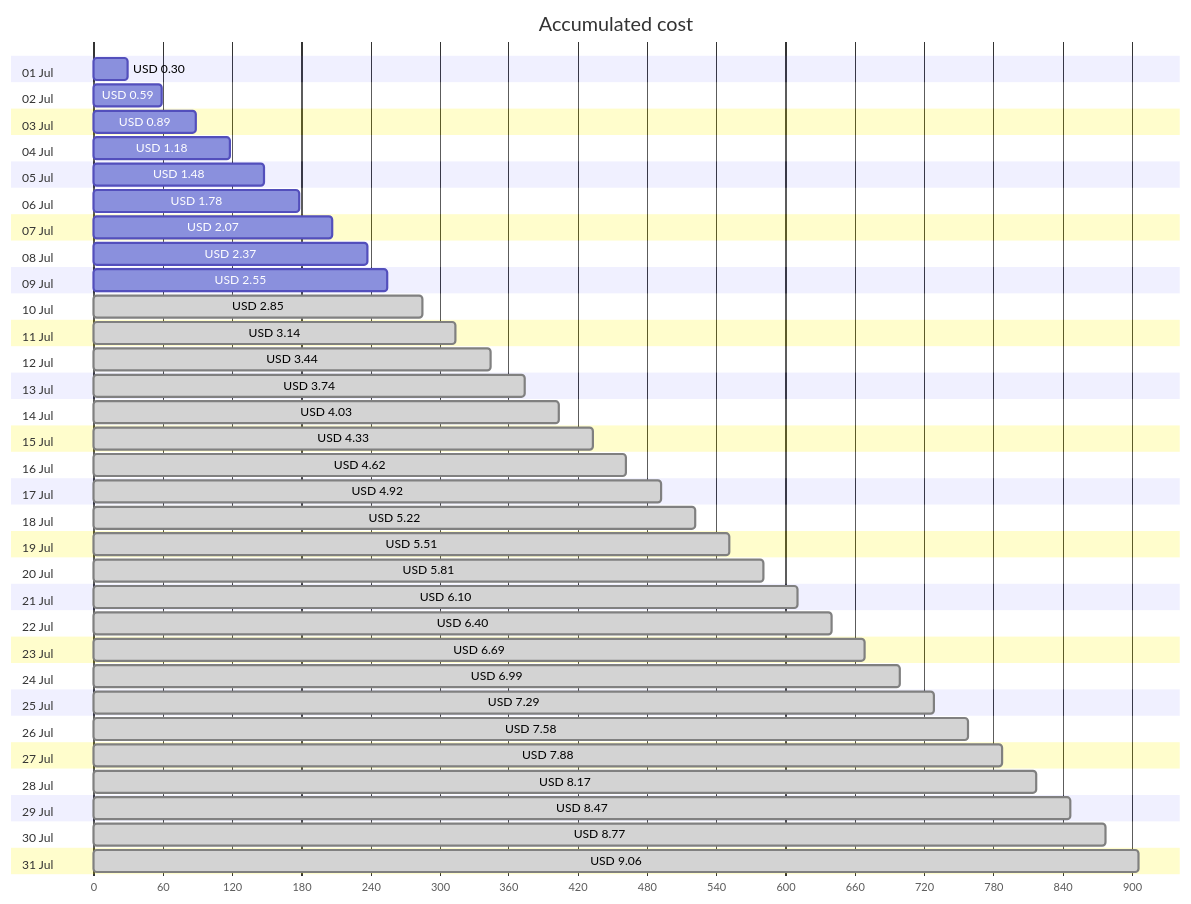
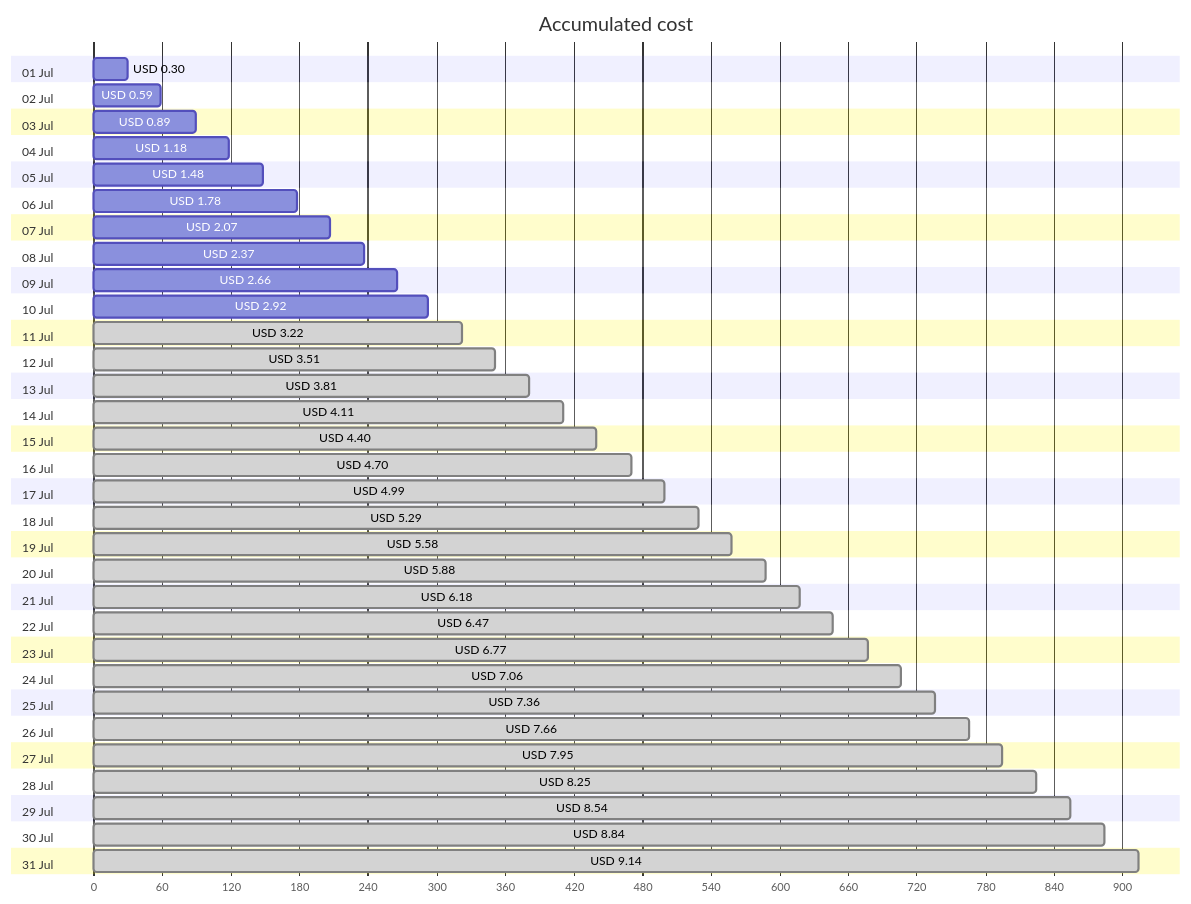
The first of 4 diagrams in cost-reports/personal-site/personal-site-preview.md (jpfulton/azure-personal-reports), drawn with Mermaid before and after one commit. The commit also changed other lines of this file and 6 other files, not shown here.

````diff
--- a/cost-reports/personal-site/personal-site-preview.md
+++ b/cost-reports/personal-site/personal-site-preview.md
@@ -20,68 +20,68 @@
 ```mermaid
 gantt
    title Accumulated cost
    dateFormat  X
    axisFormat %s
    section 01 Jul
    USD 0.30 :0, 30
    section 02 Jul
    USD 0.59 :0, 59
    section 03 Jul
    USD 0.89 :0, 89
    section 04 Jul
    USD 1.18 :0, 118
    section 05 Jul
    USD 1.48 :0, 148
    section 06 Jul
    USD 1.78 :0, 178
    section 07 Jul
    USD 2.07 :0, 207
    section 08 Jul
    USD 2.37 :0, 237
    section 09 Jul
-   USD 2.55 :0, 255
+   USD 2.66 :0, 266
    section 10 Jul
-   USD 2.85 : done, 0, 285
+   USD 2.92 :0, 292
    section 11 Jul
-   USD 3.14 : done, 0, 314
+   USD 3.22 : done, 0, 322
    section 12 Jul
-   USD 3.44 : done, 0, 344
+   USD 3.51 : done, 0, 351
    section 13 Jul
-   USD 3.74 : done, 0, 374
+   USD 3.81 : done, 0, 381
    section 14 Jul
-   USD 4.03 : done, 0, 403
+   USD 4.11 : done, 0, 411
    section 15 Jul
-   USD 4.33 : done, 0, 433
+   USD 4.40 : done, 0, 440
    section 16 Jul
-   USD 4.62 : done, 0, 462
+   USD 4.70 : done, 0, 470
    section 17 Jul
-   USD 4.92 : done, 0, 492
+   USD 4.99 : done, 0, 499
    section 18 Jul
-   USD 5.22 : done, 0, 522
+   USD 5.29 : done, 0, 529
    section 19 Jul
-   USD 5.51 : done, 0, 551
+   USD 5.58 : done, 0, 558
    section 20 Jul
-   USD 5.81 : done, 0, 581
+   USD 5.88 : done, 0, 588
    section 21 Jul
-   USD 6.10 : done, 0, 610
+   USD 6.18 : done, 0, 618
    section 22 Jul
-   USD 6.40 : done, 0, 640
+   USD 6.47 : done, 0, 647
    section 23 Jul
-   USD 6.69 : done, 0, 669
+   USD 6.77 : done, 0, 677
    section 24 Jul
-   USD 6.99 : done, 0, 699
+   USD 7.06 : done, 0, 706
    section 25 Jul
-   USD 7.29 : done, 0, 729
+   USD 7.36 : done, 0, 736
    section 26 Jul
-   USD 7.58 : done, 0, 758
+   USD 7.66 : done, 0, 766
    section 27 Jul
-   USD 7.88 : done, 0, 788
+   USD 7.95 : done, 0, 795
    section 28 Jul
-   USD 8.17 : done, 0, 817
+   USD 8.25 : done, 0, 825
    section 29 Jul
-   USD 8.47 : done, 0, 847
+   USD 8.54 : done, 0, 854
    section 30 Jul
-   USD 8.77 : done, 0, 877
+   USD 8.84 : done, 0, 884
    section 31 Jul
-   USD 9.06 : done, 0, 906
+   USD 9.14 : done, 0, 914
 ```
````
